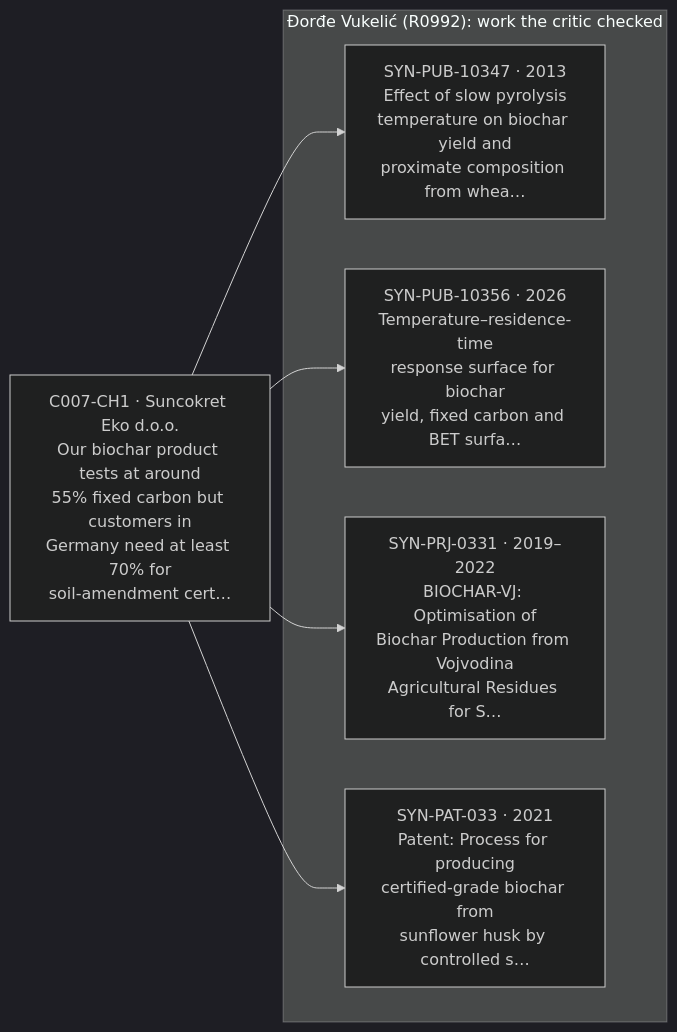
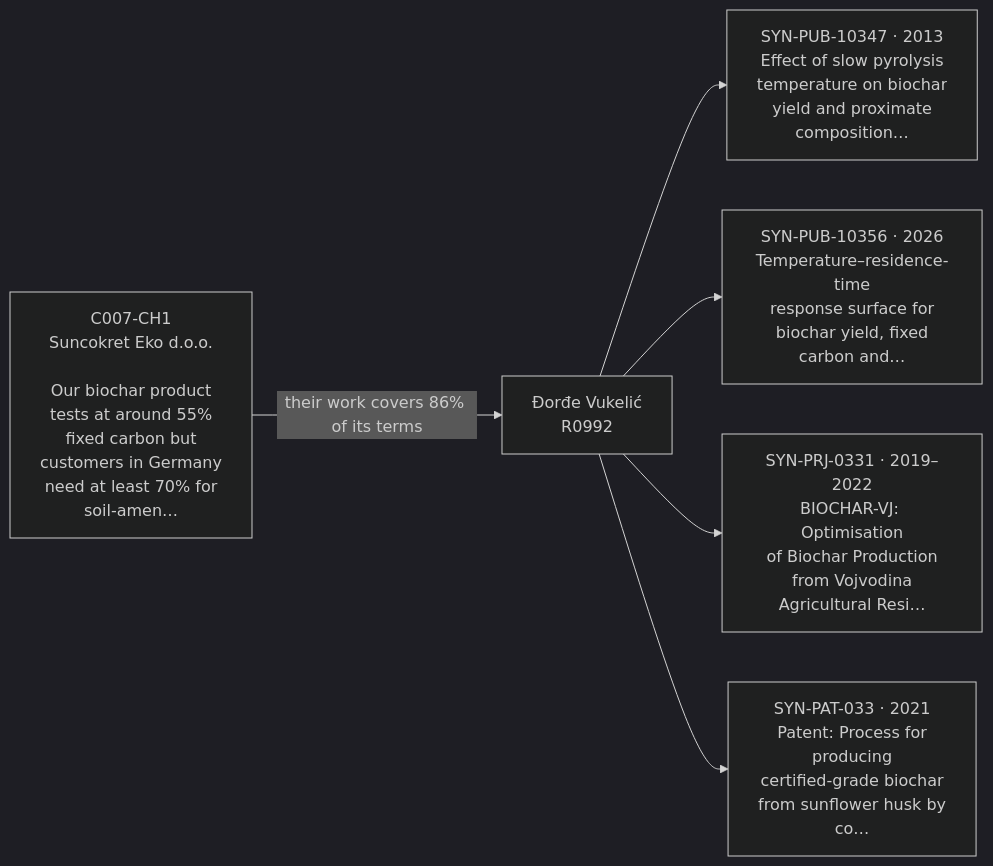
Before and after one commit to JannetEkka/spona: the first of 3 diagrams in runs/2026-10-31-full/proposals/01-C007-R0992.md, drawn with Mermaid (dark theme). The commit also changed 12 other files, not shown here.

First line of the commit message:
Clearer evidence chart, both models in the diagram, submission screenshots

````diff
--- a/runs/2026-10-31-full/proposals/01-C007-R0992.md
+++ b/runs/2026-10-31-full/proposals/01-C007-R0992.md
@@ -10,14 +10,14 @@
 ```mermaid
 flowchart LR
-    need["C007-CH1 · Suncokret Eko d.o.o.<br/>Our biochar product tests at around<br/>55% fixed carbon but customers in<br/>Germany need at least 70% for<br/>soil-amendment cert…"]
-    subgraph work["Đorđe Vukelić (R0992): work the critic checked"]
-        e1["SYN-PUB-10347 · 2013<br/>Effect of slow pyrolysis<br/>temperature on biochar yield and<br/>proximate composition from whea…"]
-        e2["SYN-PUB-10356 · 2026<br/>Temperature–residence-time<br/>response surface for biochar<br/>yield, fixed carbon and BET surfa…"]
-        e3["SYN-PRJ-0331 · 2019–2022<br/>BIOCHAR-VJ: Optimisation of<br/>Biochar Production from Vojvodina<br/>Agricultural Residues for S…"]
-        e4["SYN-PAT-033 · 2021<br/>Patent: Process for producing<br/>certified-grade biochar from<br/>sunflower husk by controlled s…"]
-    end
-    need --> e1
-    need --> e2
-    need --> e3
-    need --> e4
+    need["C007-CH1<br/>Suncokret Eko d.o.o.<br/><br/>Our biochar product<br/>tests at around 55%<br/>fixed carbon but<br/>customers in Germany<br/>need at least 70% for<br/>soil-amen…"]
+    who["Đorđe Vukelić<br/>R0992"]
+    e1["SYN-PUB-10347 · 2013<br/>Effect of slow pyrolysis<br/>temperature on biochar<br/>yield and proximate<br/>composition…"]
+    e2["SYN-PUB-10356 · 2026<br/>Temperature–residence-time<br/>response surface for<br/>biochar yield, fixed<br/>carbon and…"]
+    e3["SYN-PRJ-0331 · 2019–2022<br/>BIOCHAR-VJ: Optimisation<br/>of Biochar Production<br/>from Vojvodina<br/>Agricultural Resi…"]
+    e4["SYN-PAT-033 · 2021<br/>Patent: Process for<br/>producing<br/>certified-grade biochar<br/>from sunflower husk by<br/>co…"]
+    need -->|"their work covers 86% of its terms"| who
+    who --> e1
+    who --> e2
+    who --> e3
+    who --> e4
 ```
````
